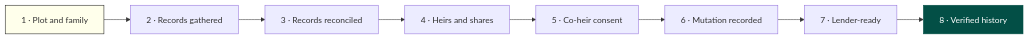
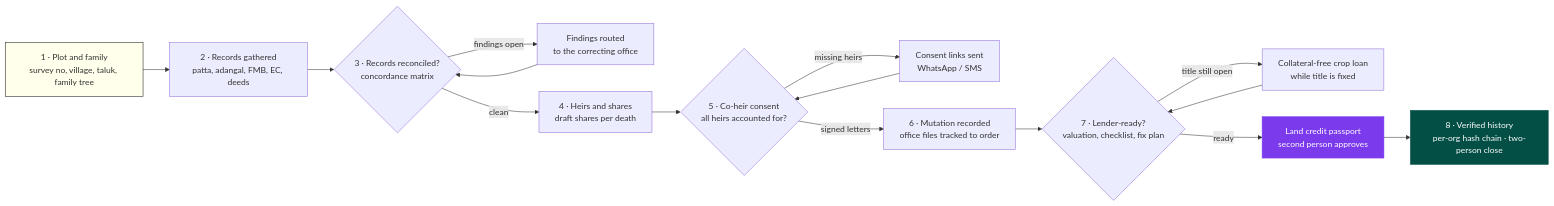
One commit to Ground-work-gcp/Groundwork changed the first of 6 diagrams in README.md. Above: the diagram before and after it, drawn with Mermaid. The commit also changed other lines of this file, not shown here.

First line of the commit message:
Rewrite README: remove Canton from scope, add novelty markers and updated Mermaid diagrams

````diff
--- a/README.md
+++ b/README.md
@@ -61,12 +76,20 @@
 ```mermaid
 flowchart LR
-    A["1 · Plot and family"] --> B["2 · Records gathered"]
-    B --> C["3 · Records reconciled"]
-    C --> D["4 · Heirs and shares"]
-    D --> E["5 · Co-heir consent"]
-    E --> F["6 · Mutation recorded"]
-    F --> G["7 · Lender-ready"]
-    G --> H["8 · Verified history"]
+    A["1 · Plot and family<br/>survey no, village, taluk, family tree"] --> B["2 · Records gathered<br/>patta, adangal, FMB, EC, deeds"]
+    B --> C{"3 · Records reconciled?<br/>concordance matrix"}
+    C -- "findings open" --> C1["Findings routed<br/>to the correcting office"]
+    C1 --> C
+    C -- "clean" --> D["4 · Heirs and shares<br/>draft shares per death"]
+    D --> E{"5 · Co-heir consent<br/>all heirs accounted for?"}
+    E -- "missing heirs" --> E1["Consent links sent<br/>WhatsApp / SMS"]
+    E1 --> E
+    E -- "signed letters" --> F["6 · Mutation recorded<br/>office files tracked to order"]
+    F --> G{"7 · Lender-ready?<br/>valuation, checklist, fix plan"}
+    G -- "title still open" --> G1["Collateral-free crop loan<br/>while title is fixed"]
+    G1 --> G
+    G -- "ready" --> H["Land credit passport<br/>second person approves"]
+    H --> I["8 · Verified history<br/>per-org hash chain · two-person close"]
     style A fill:#ffffeb,stroke:#1a1a1a
-    style H fill:#034f46,color:#fff,stroke:#034f46
+    style I fill:#034f46,color:#fff,stroke:#034f46
+    style H fill:#7C3AED,color:#fff,stroke:#7C3AED
 ```
````
